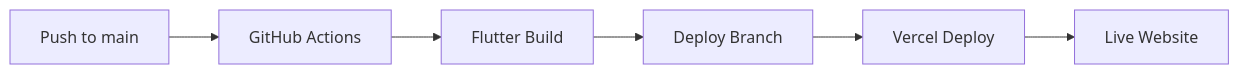
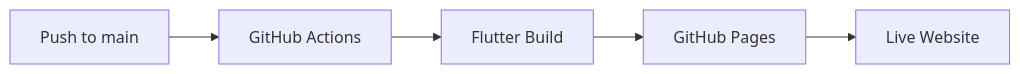
One commit to ryanmviajedor/flutter_portfolio changed the diagram in DEPLOYMENT.md. Above: the diagram before and after it, drawn with Mermaid. The commit also changed other lines of this file and 3 other files, not shown here.

First line of the commit message:
feat: Switch from Vercel to GitHub Pages deployment

````diff
--- a/DEPLOYMENT.md
+++ b/DEPLOYMENT.md
@@ -14,8 +14,7 @@
 ```mermaid
 graph LR
     A[Push to main] --> B[GitHub Actions]
     B --> C[Flutter Build]
-    C --> D[Deploy Branch]
-    D --> E[Vercel Deploy]
-    E --> F[Live Website]
+    C --> D[GitHub Pages]
+    D --> E[Live Website]
 ```
````
